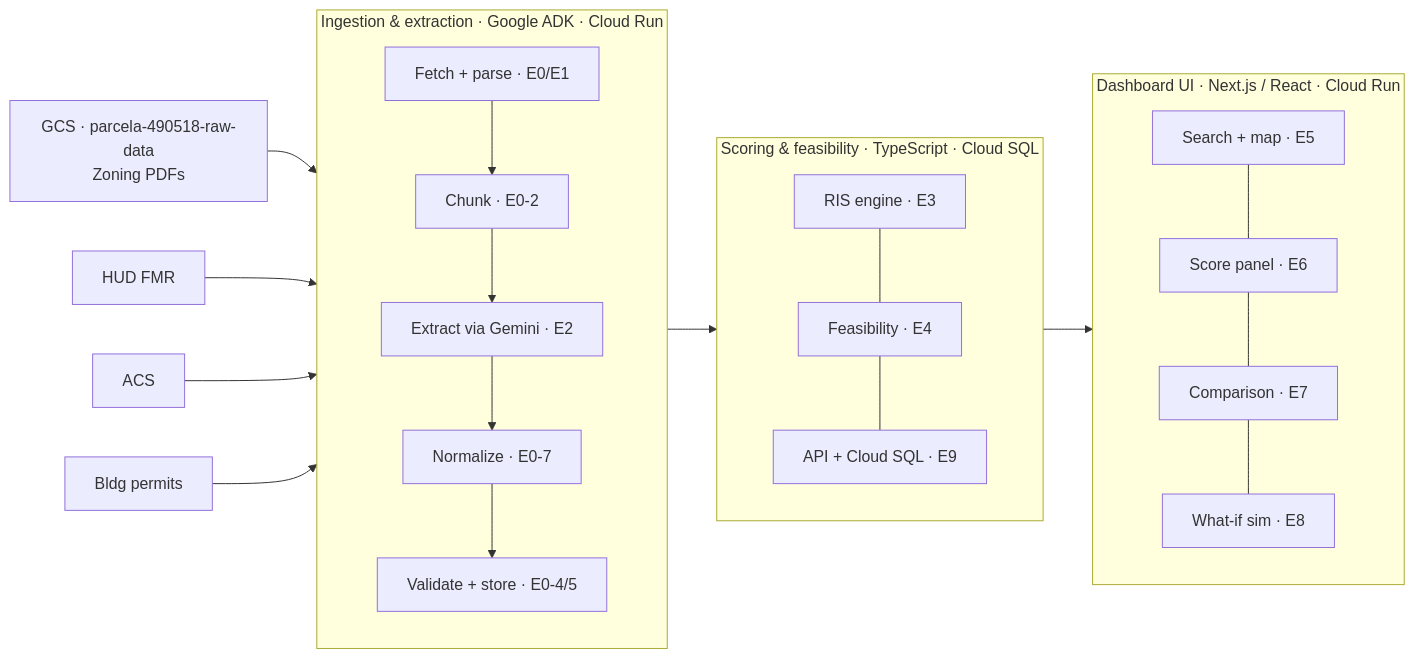
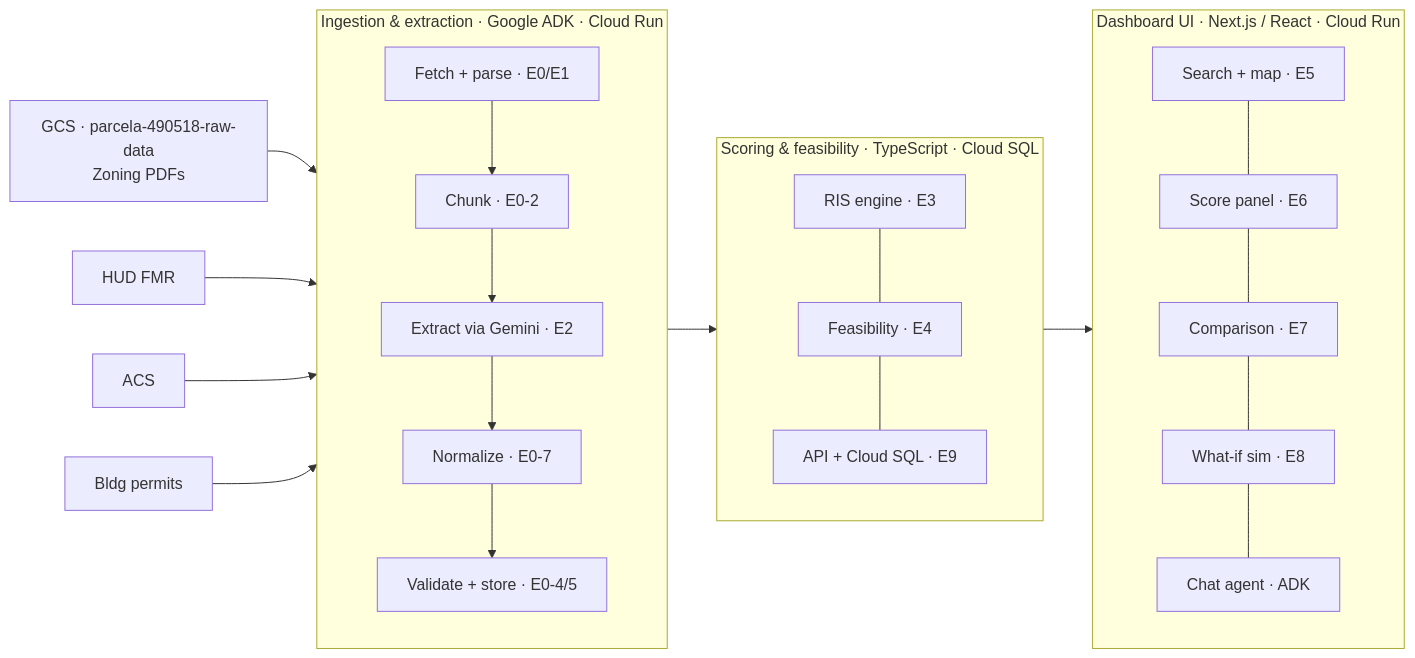
One commit to excellaco/act-iac-ai-hackathon changed the diagram in docs/ARCHITECTURE.md. Above: the diagram before and after it, drawn with Mermaid. The commit also changed other lines of this file and 2 other files, not shown here.

First line of the commit message:
docs: update for chat agent, PDF citations, per-zone extraction

````diff
--- a/docs/ARCHITECTURE.md
+++ b/docs/ARCHITECTURE.md
@@ -5,27 +5,27 @@
 ```mermaid
 flowchart LR
   GCS["GCS · parcela-490518-raw-data\nZoning PDFs"]
   F["HUD FMR"]
   A["ACS"]
   B["Bldg permits"]
 
   subgraph PIPE["Ingestion & extraction · Google ADK · Cloud Run"]
     P1["Fetch + parse · E0/E1"] --> P2["Chunk · E0-2"] --> P3["Extract via Gemini · E2"] --> P3b["Normalize · E0-7"] --> P4["Validate + store · E0-4/5"]
   end
 
   subgraph UI["Dashboard UI · Next.js / React · Cloud Run"]
-    U1["Search + map · E5"] --- U2["Score panel · E6"] --- U3["Comparison · E7"] --- U4["What-if sim · E8"]
+    U1["Search + map · E5"] --- U2["Score panel · E6"] --- U3["Comparison · E7"] --- U4["What-if sim · E8"] --- U5["Chat agent · ADK"]
   end
 
   subgraph SCORE["Scoring & feasibility · TypeScript · Cloud SQL"]
     S1["RIS engine · E3"] --- S2["Feasibility · E4"] --- S3["API + Cloud SQL · E9"]
   end
 
   GCS --> PIPE
   F --> PIPE
   A --> PIPE
   B --> PIPE
 
   PIPE --> SCORE
   SCORE --> UI
 ```
````
